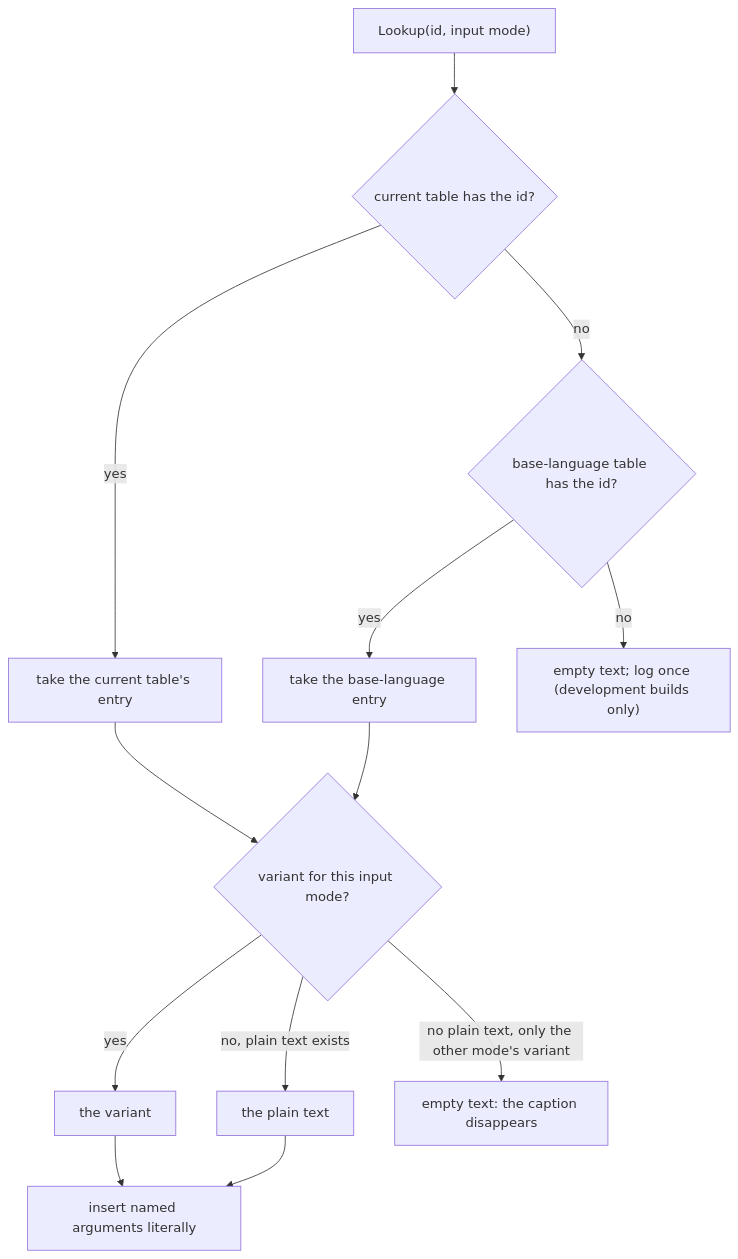
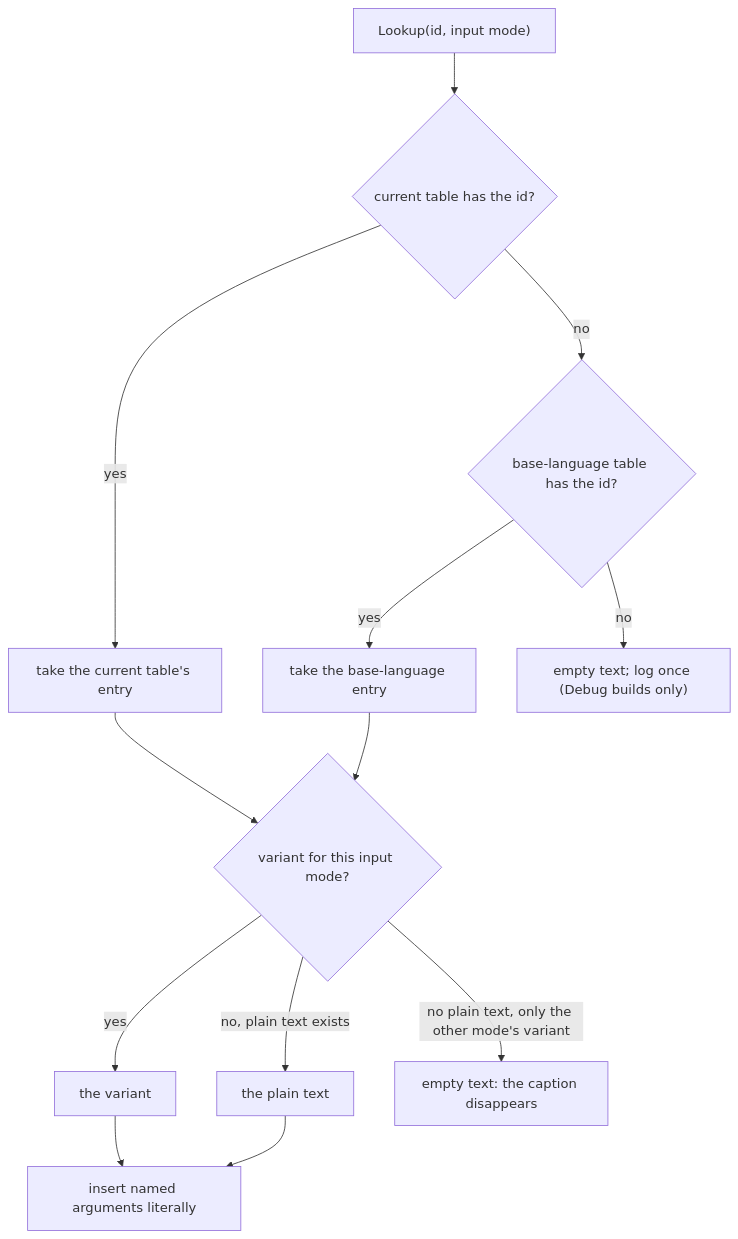
One commit to Zwaliebaba/Species.AI changed the first of 2 diagrams in design_next/architecture/components/ui_framework/layout_rendering_input_and_localisation.md. Above: the diagram before and after it, drawn with Mermaid. The commit also changed other lines of this file and 19 other files, not shown here.

````diff
--- a/design_next/architecture/components/ui_framework/layout_rendering_input_and_localisation.md
+++ b/design_next/architecture/components/ui_framework/layout_rendering_input_and_localisation.md
@@ -457,15 +457,15 @@
 ```mermaid
 flowchart TB
   A["Lookup(id, input mode)"] --> B{"current table has the id?"}
   B -- yes --> C["take the current table's entry"]
   B -- no --> D{"base-language table has the id?"}
   D -- yes --> E["take the base-language entry"]
-  D -- no --> F["empty text; log once (development builds only)"]
+  D -- no --> F["empty text; log once (Debug builds only)"]
   C --> G{"variant for this input mode?"}
   E --> G
   G -- yes --> H["the variant"]
   G -- "no, plain text exists" --> I["the plain text"]
   G -- "no plain text, only the other mode's variant" --> J["empty text: the caption disappears"]
   H --> K["insert named arguments literally"]
   I --> K
 ```
````
